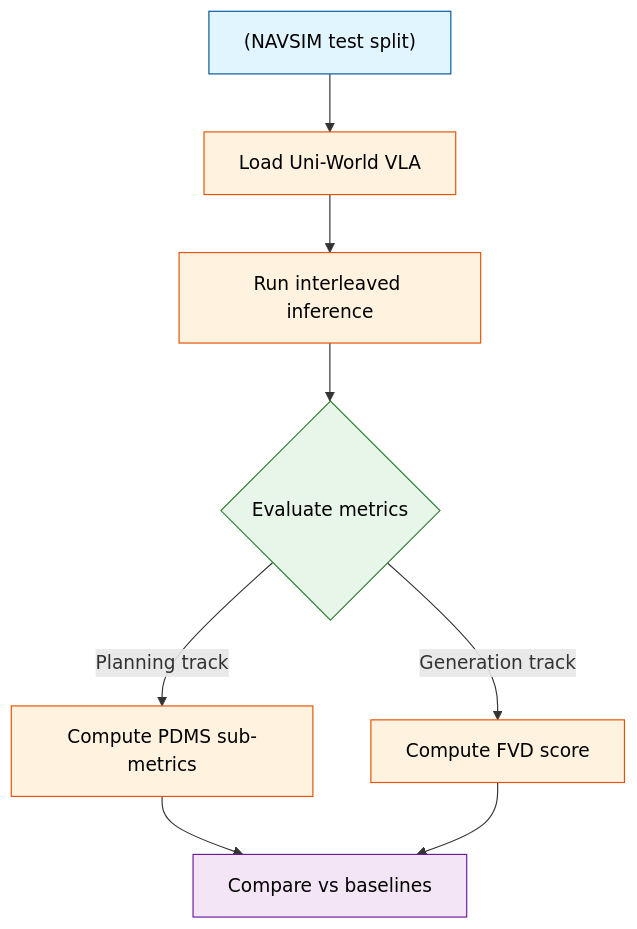
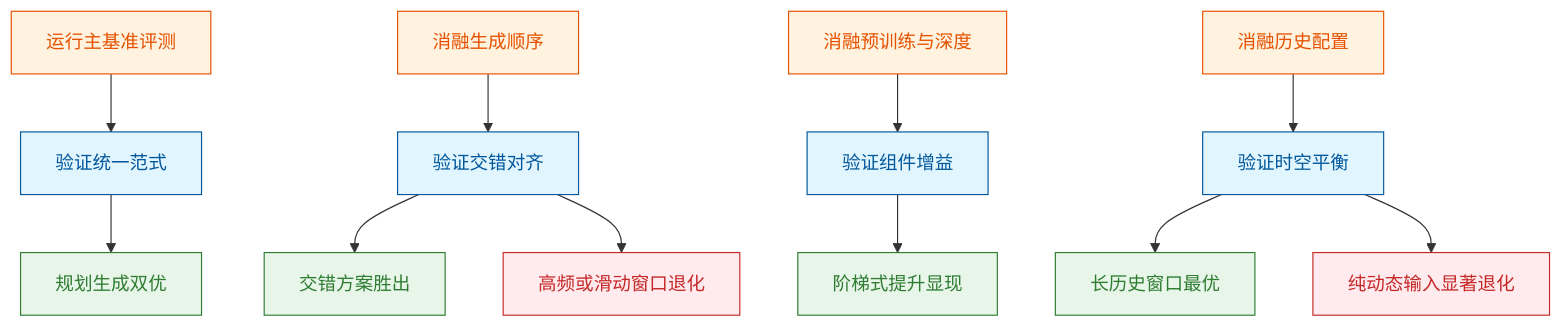
One commit to ShinewineW/paper-rolling changed the fifth of 10 diagrams in person_vault/2026-06-13_UniWorldVLAInterleavedWorldModelingAndPlanningForAD_2603.27287/report.md. Above: the diagram before and after it, drawn with Mermaid. The commit also changed other lines of this file and 5 other files, not shown here.

````diff
--- a/person_vault/2026-06-13_UniWorldVLAInterleavedWorldModelingAndPlanningForAD_2603.27287/report.md
+++ b/person_vault/2026-06-13_UniWorldVLAInterleavedWorldModelingAndPlanningForAD_2603.27287/report.md
@@ -270,15 +302,26 @@
 ```mermaid
-flowchart TD
-  classDef data fill:#e1f5fe,color:#000,stroke:#01579b
-  classDef process fill:#fff3e0,color:#000,stroke:#e65100
-  classDef decision fill:#e8f5e9,color:#000,stroke:#2e7d32
-  classDef result fill:#f3e5f5,color:#000,stroke:#6a1b9a
+flowchart TB
+    classDef claim fill:#e1f5fe,stroke:#01579b,color:#01579b;
+    classDef exp fill:#fff3e0,stroke:#e65100,color:#e65100;
+    classDef pass fill:#e8f5e9,stroke:#2e7d32,color:#2e7d32;
+    classDef fail fill:#ffebee,stroke:#c62828,color:#c62828;
 
-  navsim_split["(NAVSIM test split)"]:::data --> load_model["Load Uni-World VLA"]:::process
-  load_model --> run_inference["Run interleaved inference"]:::process
-  run_inference --> check_metrics{Evaluate metrics}:::decision
-  check_metrics -->|Planning track| calc_pdms["Compute PDMS sub-metrics"]:::process
-  check_metrics -->|Generation track| calc_fvd["Compute FVD score"]:::process
-  calc_pdms --> compare_baselines["Compare vs baselines"]:::result
-  calc_fvd --> compare_baselines
+    e1_main["运行主基准评测"] --> c1_verify["验证统一范式"]
+    c1_verify --> r1_dual["规划生成双优"]
+    
+    e3_order["消融生成顺序"] --> c2_align["验证交错对齐"]
+    c2_align --> r2_scheme_e["交错方案胜出"]
+    c2_align --> r2_fail["高频或滑动窗口退化"]
+    
+    e2_comp["消融预训练与深度"] --> c3_gain["验证组件增益"]
+    c3_gain --> r3_step["阶梯式提升显现"]
+    
+    e4_hist["消融历史配置"] --> c4_balance["验证时空平衡"]
+    c4_balance --> r4_ctx_dyn["长历史窗口最优"]
+    c4_balance --> r4_fail["纯动态输入显著退化"]
+
+    class c1_verify,c2_align,c3_gain,c4_balance claim;
+    class e1_main,e3_order,e2_comp,e4_hist exp;
+    class r1_dual,r2_scheme_e,r3_step,r4_ctx_dyn pass;
+    class r2_fail,r4_fail fail;
 ```
````
